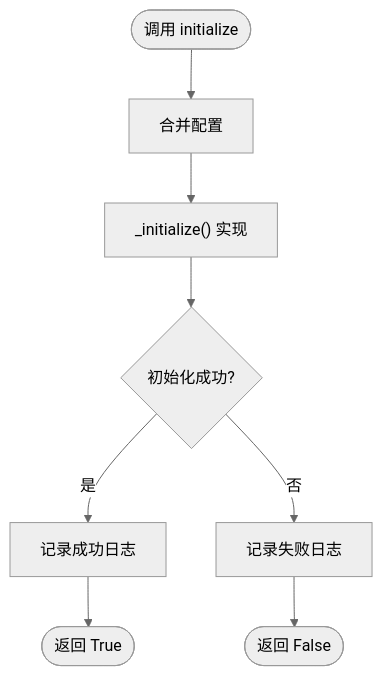
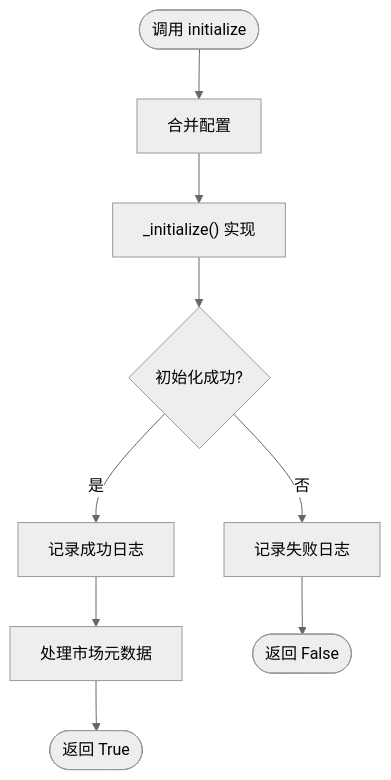
Before and after one commit to JieGaoPrinceton/NecoRAG: the third of 6 diagrams in .qoder/repowiki/zh/content/插件扩展系统.md, drawn with Mermaid (neutral theme). The commit also changed other lines of this file and 70 other files, not shown here.

````diff
--- a/.qoder/repowiki/zh/content/插件扩展系统.md
+++ b/.qoder/repowiki/zh/content/插件扩展系统.md
@@ -151,10 +217,11 @@
 ```mermaid
 flowchart TD
 Start(["调用 initialize"]) --> CheckConfig["合并配置"]
 CheckConfig --> CallInit["_initialize() 实现"]
 CallInit --> InitOK{"初始化成功?"}
 InitOK --> |是| LogOK["记录成功日志"]
 InitOK --> |否| LogFail["记录失败日志"]
-LogOK --> End(["返回 True"])
+LogOK --> MarketMeta["处理市场元数据"]
+MarketMeta --> End(["返回 True"])
 LogFail --> End2(["返回 False"])
 ```
````
